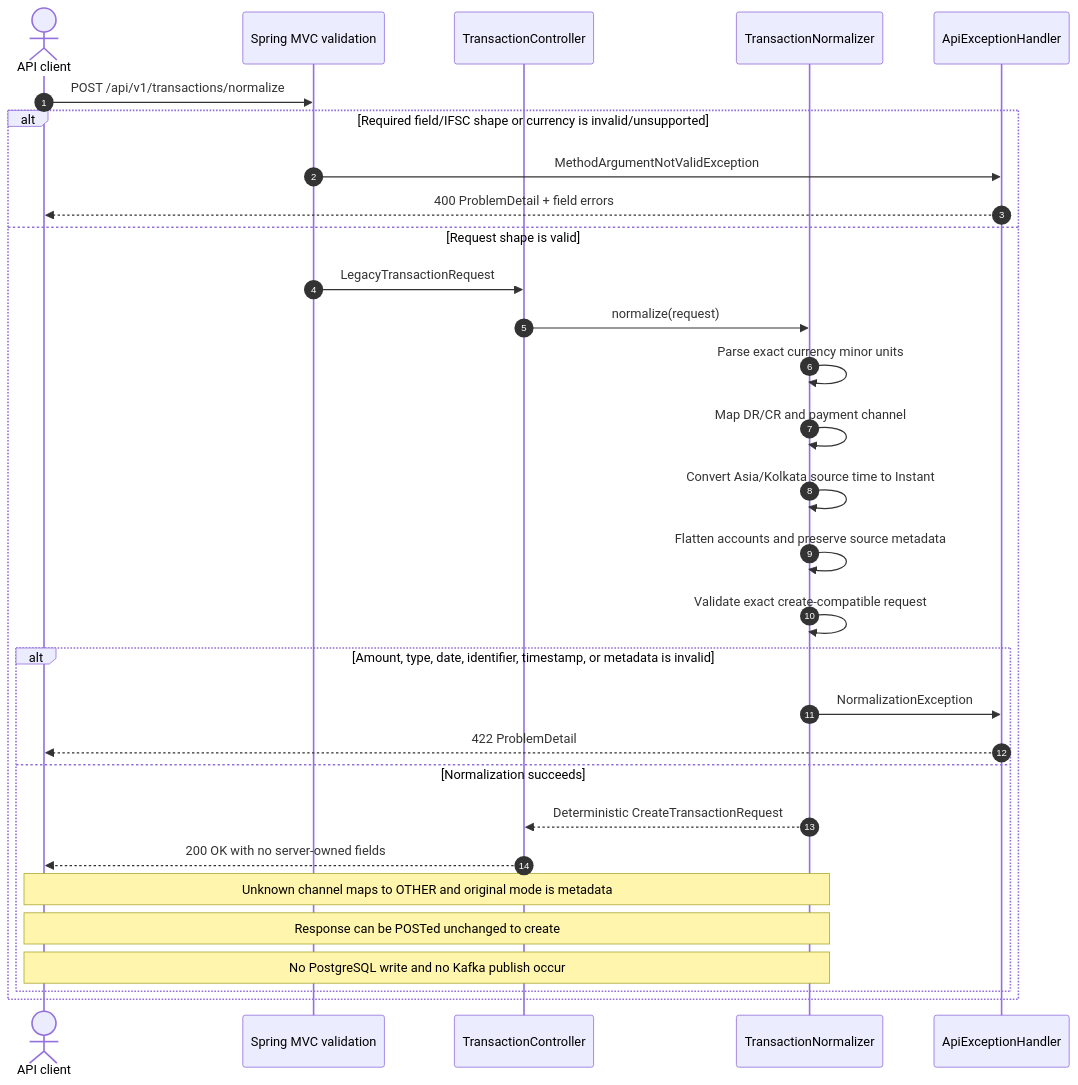
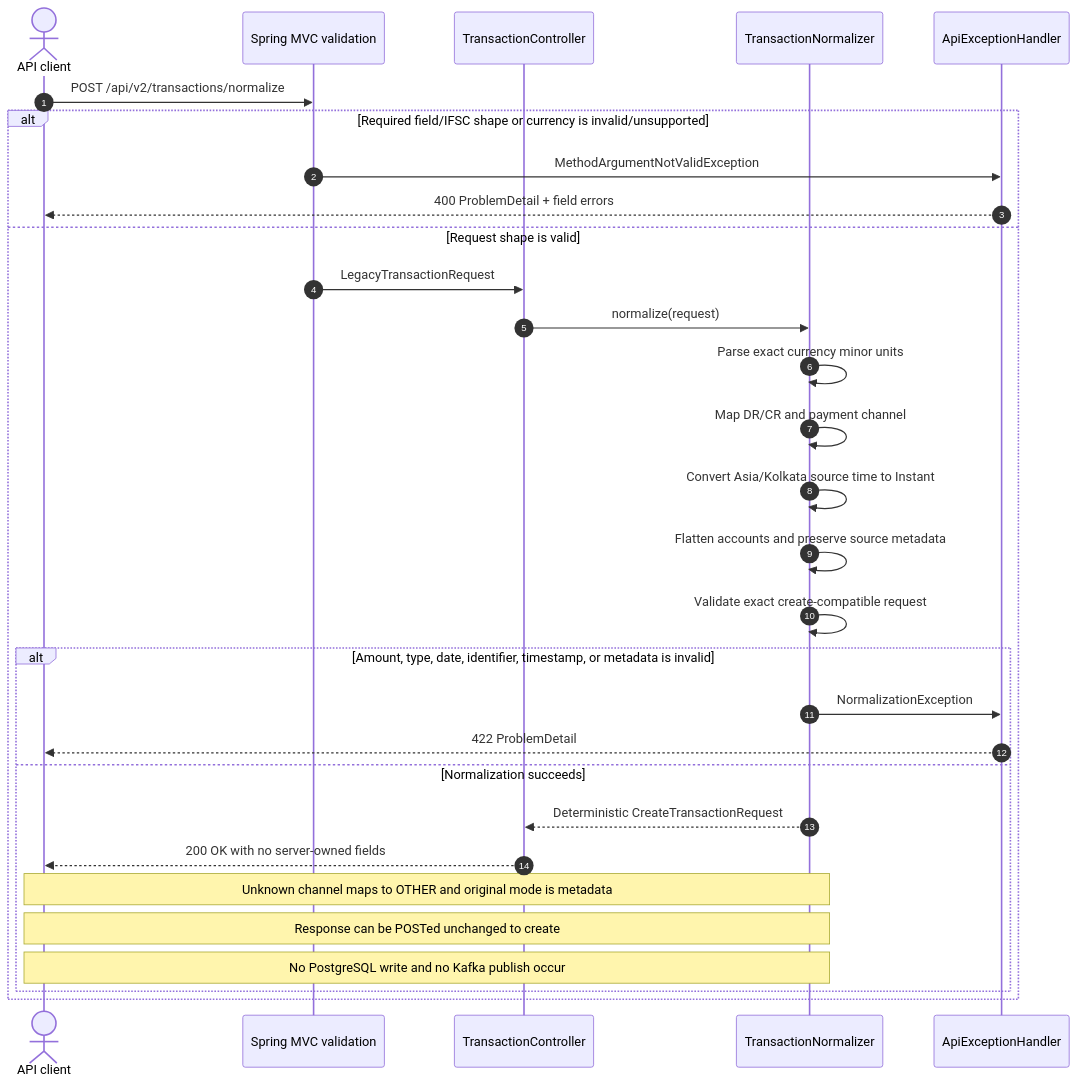
One commit to tarunngusain08/transaction-outbox-service changed the fourth of 19 diagrams in docs/sequence-diagrams.md. Above: the diagram before and after it, drawn with Mermaid. The commit also changed other lines of this file and 8 other files, not shown here.

````diff
--- a/docs/sequence-diagrams.md
+++ b/docs/sequence-diagrams.md
@@ -125,33 +125,33 @@
 ```mermaid
 sequenceDiagram
     autonumber
     actor Client as API client
     participant MVC as Spring MVC validation
     participant Controller as TransactionController
     participant Normalizer as TransactionNormalizer
     participant Handler as ApiExceptionHandler
 
-    Client->>MVC: POST /api/v1/transactions/normalize
+    Client->>MVC: POST /api/v2/transactions/normalize
     alt Required field/IFSC shape or currency is invalid/unsupported
         MVC->>Handler: MethodArgumentNotValidException
         Handler-->>Client: 400 ProblemDetail + field errors
     else Request shape is valid
         MVC->>Controller: LegacyTransactionRequest
         Controller->>Normalizer: normalize(request)
         Normalizer->>Normalizer: Parse exact currency minor units
         Normalizer->>Normalizer: Map DR/CR and payment channel
         Normalizer->>Normalizer: Convert Asia/Kolkata source time to Instant
         Normalizer->>Normalizer: Flatten accounts and preserve source metadata
         Normalizer->>Normalizer: Validate exact create-compatible request
         alt Amount, type, date, identifier, timestamp, or metadata is invalid
             Normalizer->>Handler: NormalizationException
             Handler-->>Client: 422 ProblemDetail
         else Normalization succeeds
             Normalizer-->>Controller: Deterministic CreateTransactionRequest
             Controller-->>Client: 200 OK with no server-owned fields
             Note over Client,Normalizer: Unknown channel maps to OTHER and original mode is metadata
             Note over Client,Normalizer: Response can be POSTed unchanged to create
             Note over Client,Normalizer: No PostgreSQL write and no Kafka publish occur
         end
     end
 ```
````
